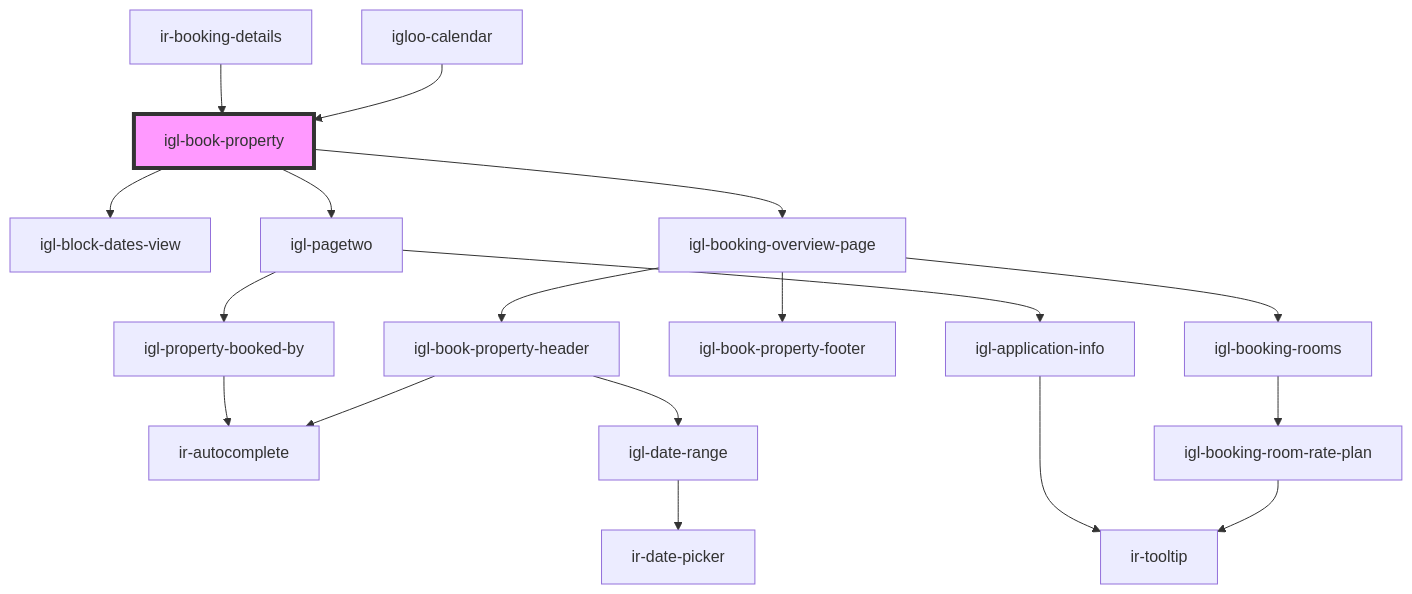
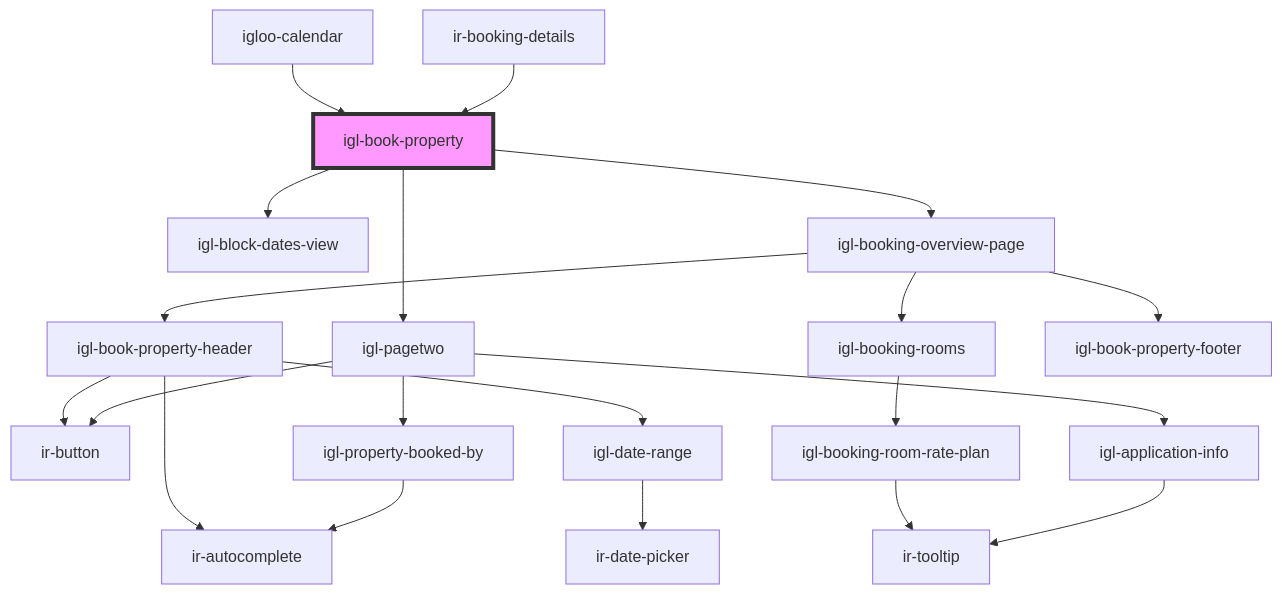
Before and after one commit to David1Chowaifaty/modified-ir-webcmp: the diagram in src/components/igloo-calendar/igl-book-property/readme.md, drawn with Mermaid. The commit also changed 1722 other files, not shown here.

````diff
--- a/src/components/igloo-calendar/igl-book-property/readme.md
+++ b/src/components/igloo-calendar/igl-book-property/readme.md
@@ -46,21 +46,23 @@
 ```mermaid
 graph TD;
   igl-book-property --> igl-block-dates-view
   igl-book-property --> igl-booking-overview-page
   igl-book-property --> igl-pagetwo
   igl-booking-overview-page --> igl-book-property-header
   igl-booking-overview-page --> igl-booking-rooms
   igl-booking-overview-page --> igl-book-property-footer
   igl-book-property-header --> ir-autocomplete
+  igl-book-property-header --> ir-button
   igl-book-property-header --> igl-date-range
   igl-date-range --> ir-date-picker
   igl-booking-rooms --> igl-booking-room-rate-plan
   igl-booking-room-rate-plan --> ir-tooltip
   igl-pagetwo --> igl-application-info
   igl-pagetwo --> igl-property-booked-by
+  igl-pagetwo --> ir-button
   igl-application-info --> ir-tooltip
   igl-property-booked-by --> ir-autocomplete
   igloo-calendar --> igl-book-property
   ir-booking-details --> igl-book-property
   style igl-book-property fill:#f9f,stroke:#333,stroke-width:4px
 ```
````
